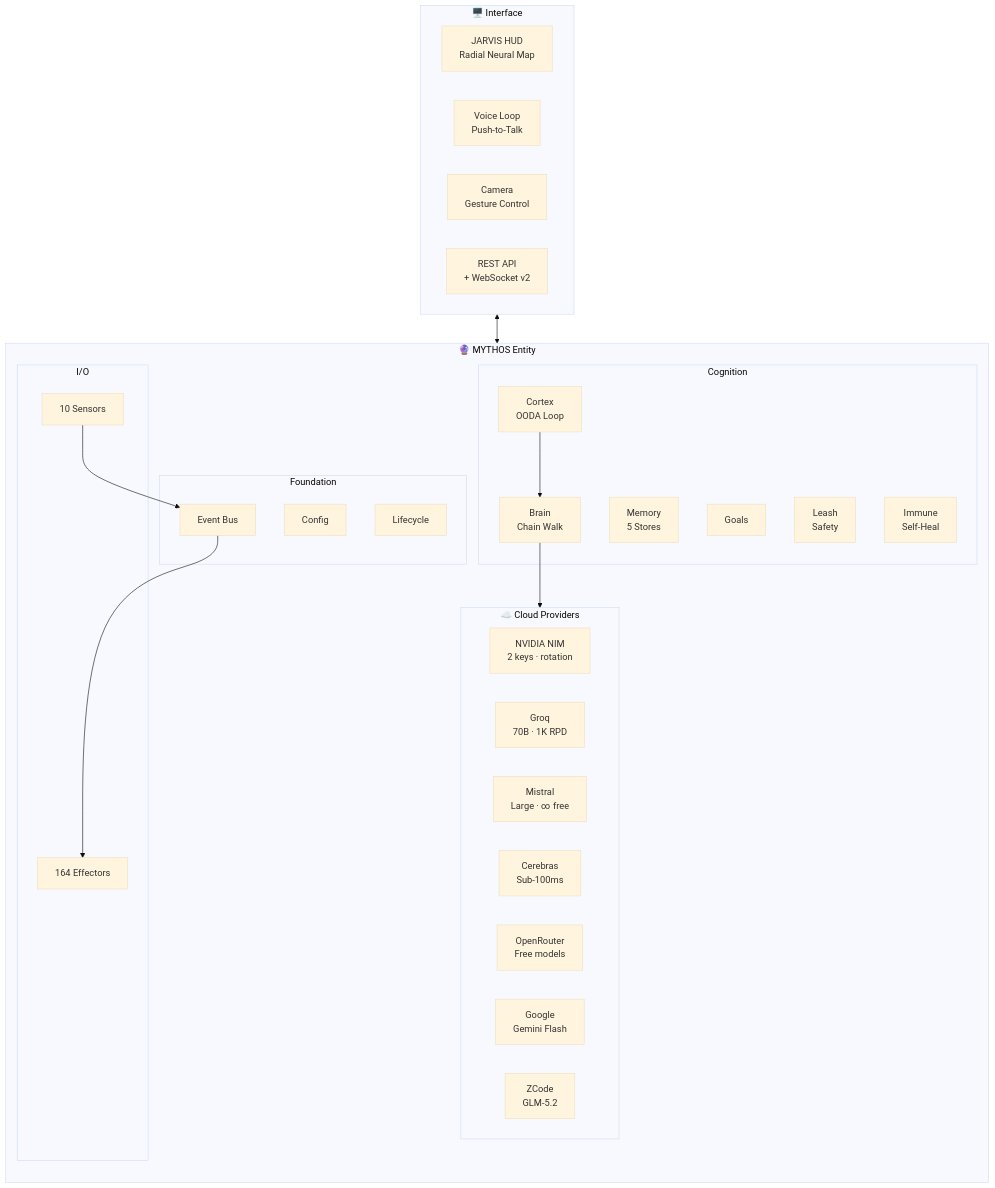
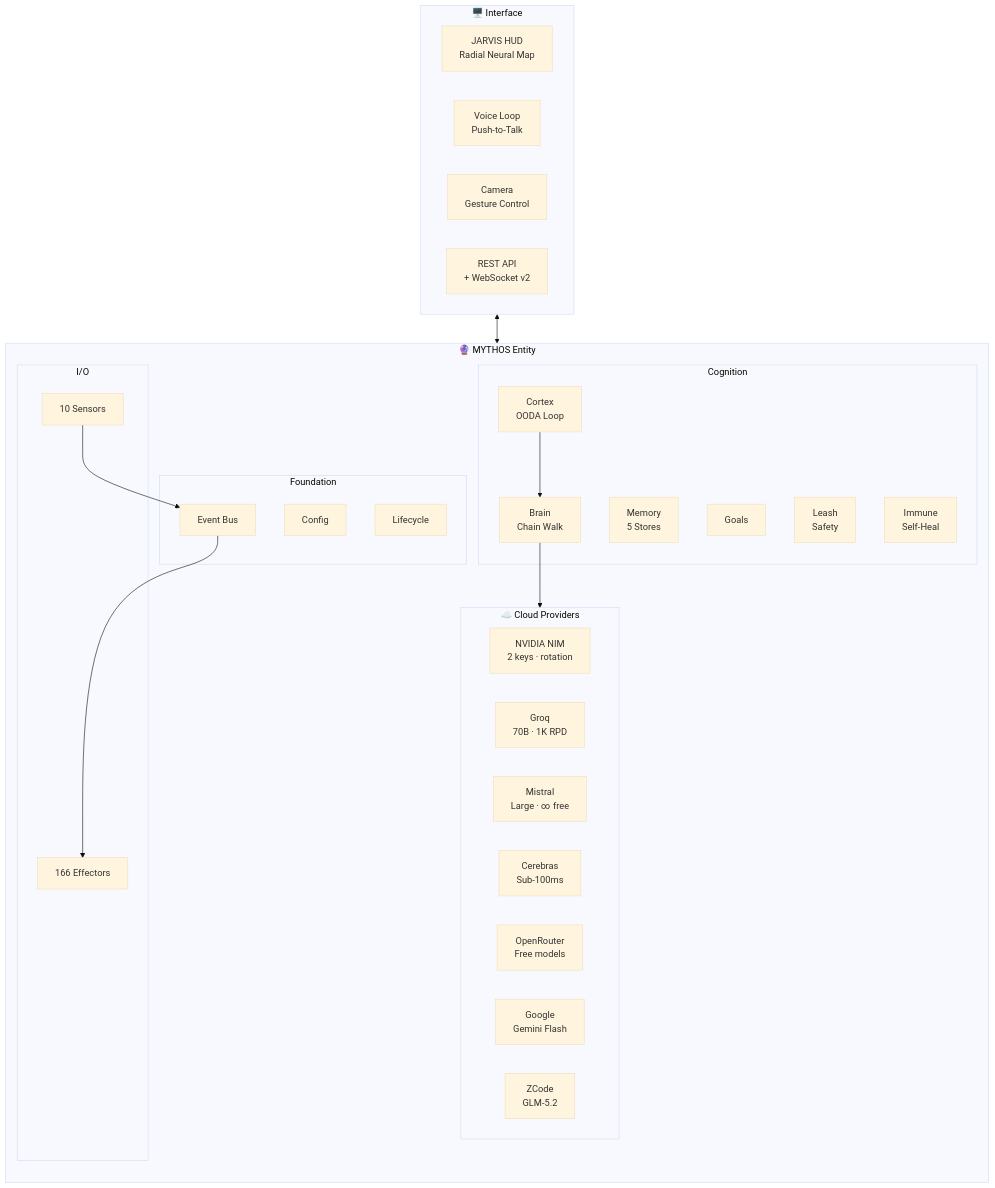
One commit to HailLucifer666/Agent_OS changed the first of 11 diagrams in README.md. Above: the diagram before and after it, drawn with Mermaid (base theme). The commit also changed other lines of this file and 8 other files, not shown here.

````diff
--- a/README.md
+++ b/README.md
@@ -48,45 +48,45 @@
 ```mermaid
 flowchart TB
     subgraph Cloud["☁️ Cloud Providers"]
         direction LR
         NIM["NVIDIA NIM<br/>2 keys · rotation"]
         GQ["Groq<br/>70B · 1K RPD"]
         MI["Mistral<br/>Large · ∞ free"]
         CE["Cerebras<br/>Sub-100ms"]
         OR["OpenRouter<br/>Free models"]
         GOOG["Google<br/>Gemini Flash"]
         ZC["ZCode<br/>GLM-5.2"]
     end
 
     subgraph MYTHOS["🔮 MYTHOS Entity"]
         direction TB
         subgraph Foundation["Foundation"]
             CFG["Config"]
             BUS["Event Bus"]
             LIFE["Lifecycle"]
         end
         subgraph Cognition["Cognition"]
             CORT["Cortex<br/>OODA Loop"]
             BRN["Brain<br/>Chain Walk"]
             MEM["Memory<br/>5 Stores"]
             GOAL["Goals"]
             LEASH["Leash<br/>Safety"]
             IMM["Immune<br/>Self-Heal"]
         end
         subgraph IOLayer["I/O"]
             SENS["10 Sensors"]
-            EFF["164 Effectors"]
+            EFF["166 Effectors"]
         end
         CORT --> BRN --> Cloud
         SENS --> BUS --> EFF
     end
 
     subgraph Interface["🖥️ Interface"]
         HUD["JARVIS HUD<br/>Radial Neural Map"]
         VOICE["Voice Loop<br/>Push-to-Talk"]
         CAM["Camera<br/>Gesture Control"]
         API["REST API<br/>+ WebSocket v2"]
     end
 
     Interface <--> MYTHOS
 ```
````
